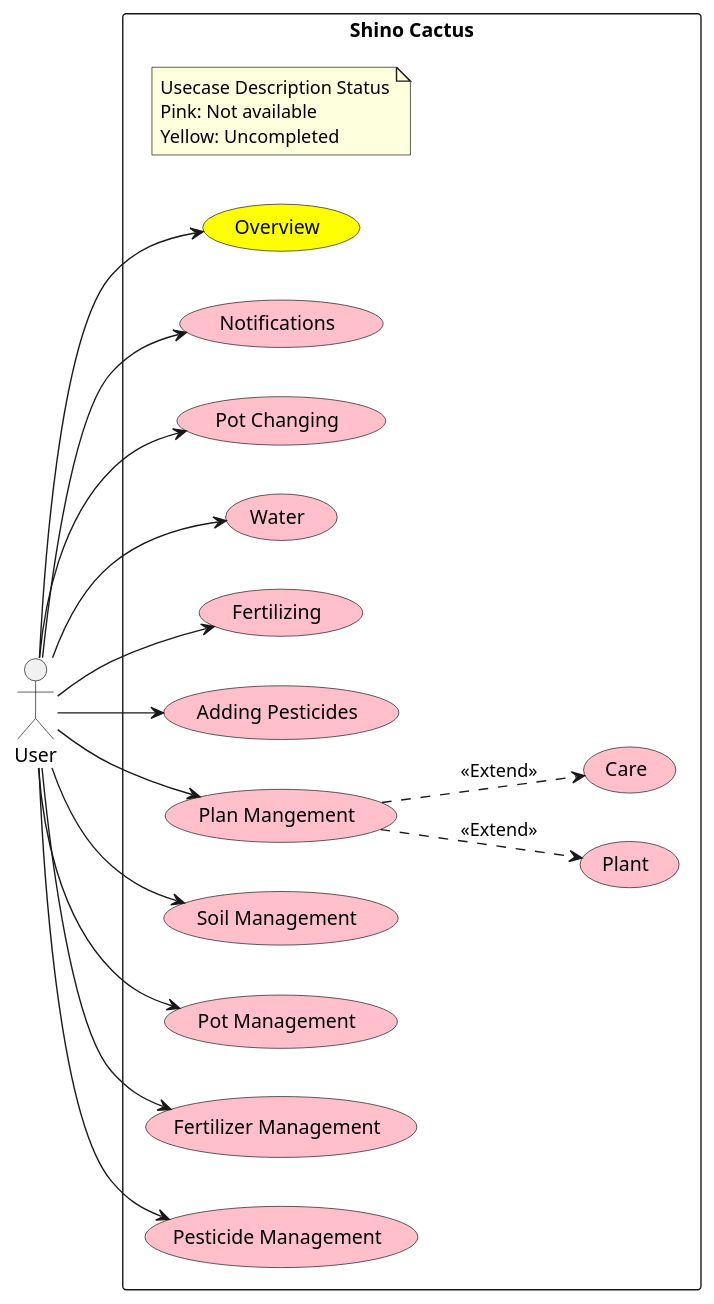
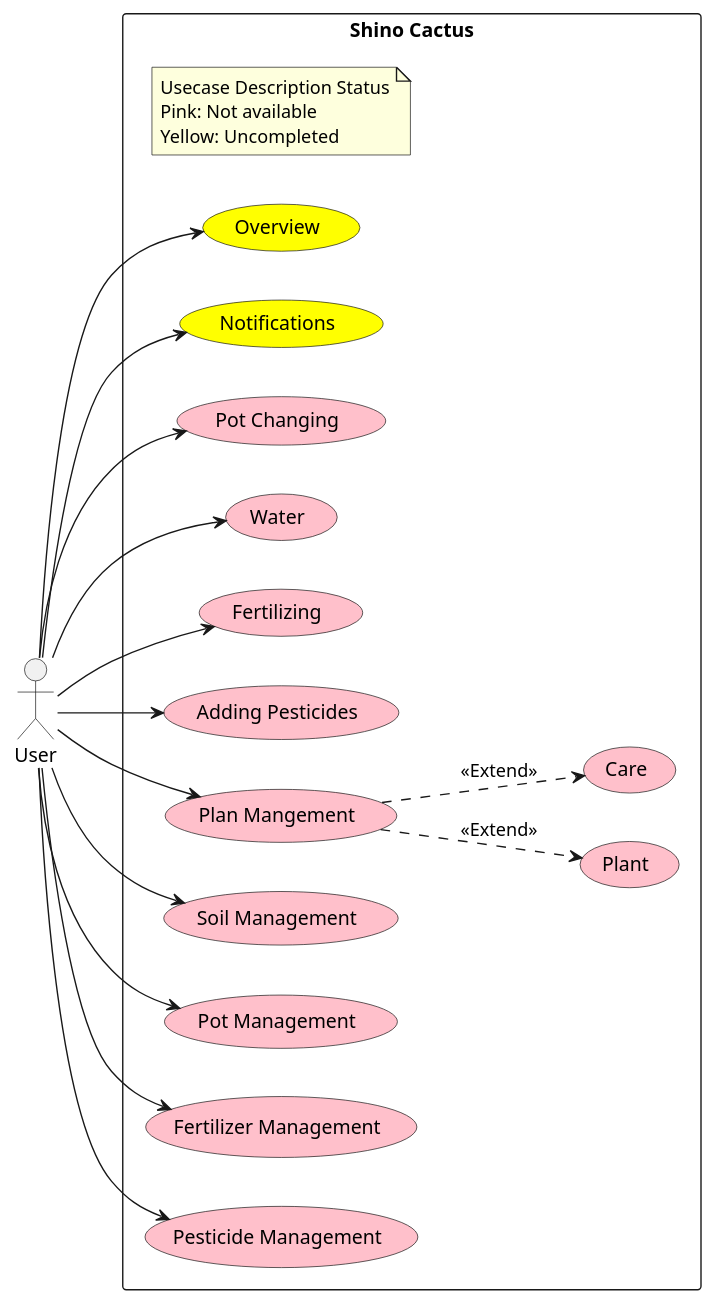
One commit to Shinodari/CactusMan-Analysis changed the diagram in UML/Concept.puml. Above: the diagram before and after it, drawn with PlantUML. The commit also changed 2 other files, not shown here.

Commit message:
feat(usecase & des 1.2): notifications draft wait another usecase

```diff
--- a/UML/Concept.puml
+++ b/UML/Concept.puml
@@ -1,39 +1,39 @@
 @startuml Usecase
 left to right direction
 actor User
 rectangle "Shino Cactus" as ShinoCactus{
     note "Usecase Description Status\nPink: Not available\nYellow: Uncompleted" as CommonNote
 
     usecase Overview #Yellow
-    usecase Notifications #pink
+    usecase Notifications #Yellow
     usecase "Pot Changing" as PotC #pink
     usecase Water #pink
     usecase Fertilizing #pink 
     usecase "Adding Pesticides" as APesticides #pink
     usecase "Plan Mangement" as PlanM #pink
     usecase Plant #pink
     usecase Care #pink
     usecase "Soil Management" as SoilM #pink
     usecase "Pot Management" as PotM #pink
     usecase "Fertilizer Management" as FertilizerM #pink
     usecase "Pesticide Management" as PesticideM #pink
 }
 
 
 User --> Overview
 User --> Notifications
 User --> PotC
 User --> Water
 User --> Fertilizing
 User --> APesticides
 User --> PlanM
 User --> SoilM
 User --> PotM
 User --> FertilizerM
 User --> PesticideM
 
 PlanM ..> Plant : <<Extend>>
 PlanM ..> Care : <<Extend>>
 
 
 @enduml
```
